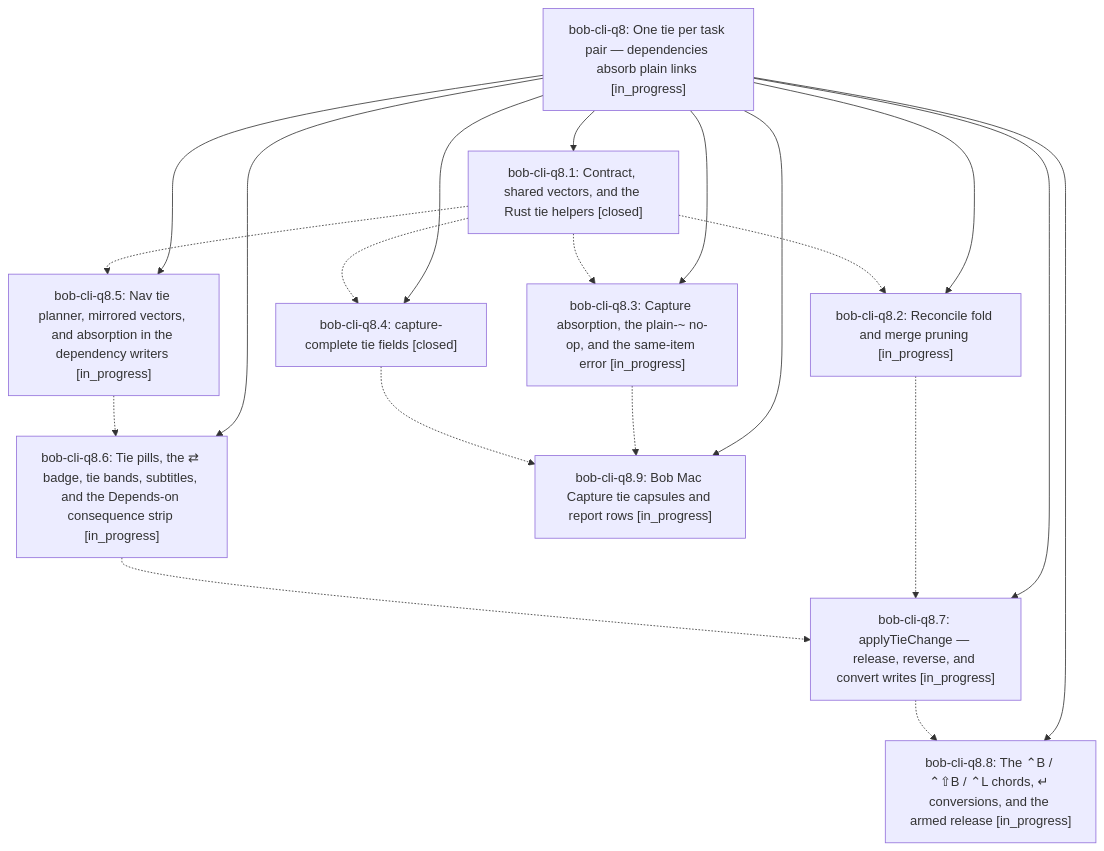
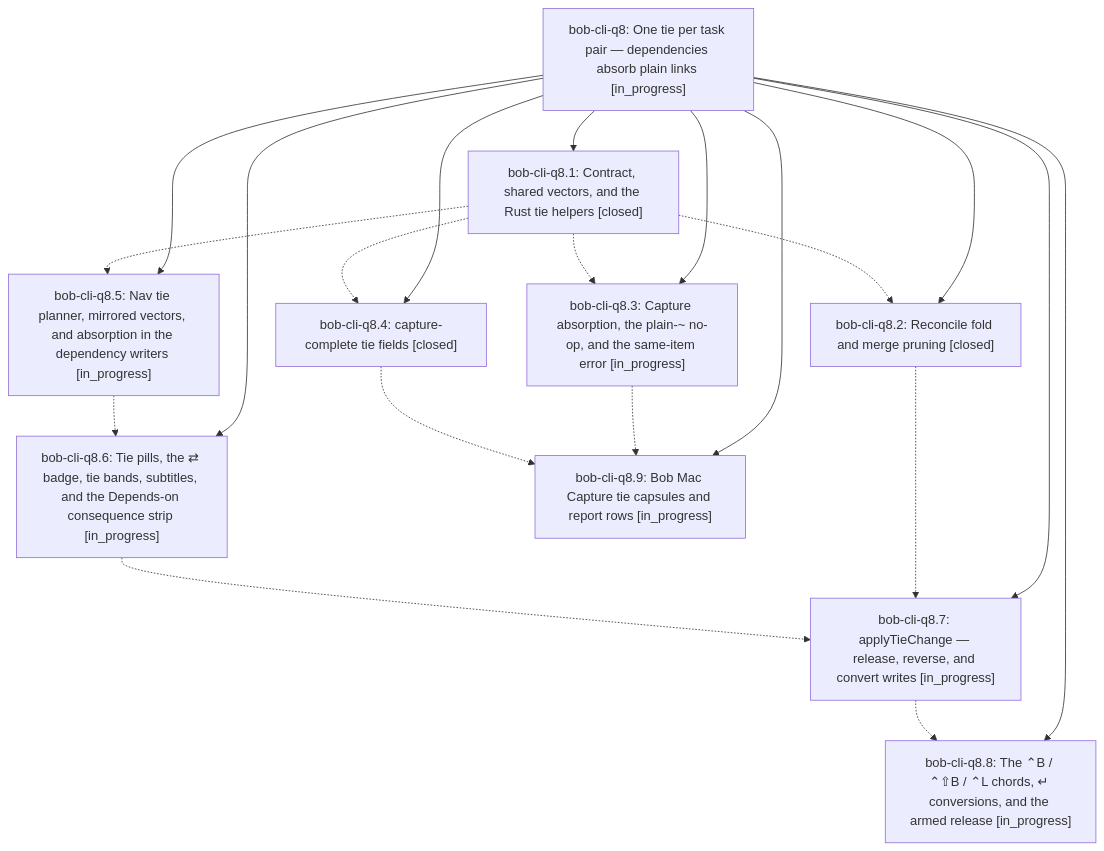
The diagram in pages/bob-cli-q8/README.md (bobs-org/bob-cli--beads), drawn with Mermaid before and after one commit. The commit also changed other lines of this file and 4 other files, not shown here.

First line of the commit message:
chore(beads): sync bead state and pages for bob-cli-q8

````diff
--- a/pages/bob-cli-q8/README.md
+++ b/pages/bob-cli-q8/README.md
@@ -42,32 +44,32 @@
 ```mermaid
 flowchart TD
     n0["bob-cli-q8: One tie per task pair — dependencies absorb plain links [in_progress]"]
     n1["bob-cli-q8.1: Contract, shared vectors, and the Rust tie helpers [closed]"]
-    n2["bob-cli-q8.2: Reconcile fold and merge pruning [in_progress]"]
+    n2["bob-cli-q8.2: Reconcile fold and merge pruning [closed]"]
     n3["bob-cli-q8.3: Capture absorption, the plain-~ no-op, and the same-item error [in_progress]"]
     n4["bob-cli-q8.4: capture-complete tie fields [closed]"]
     n5["bob-cli-q8.5: Nav tie planner, mirrored vectors, and absorption in the dependency writers [in_progress]"]
     n6["bob-cli-q8.6: Tie pills, the ⇄ badge, tie bands, subtitles, and the Depends-on consequence strip [in_progress]"]
     n7["bob-cli-q8.7: applyTieChange — release, reverse, and convert writes [in_progress]"]
     n8["bob-cli-q8.8: The ⌃B / ⌃⇧B / ⌃L chords, ↵ conversions, and the armed release [in_progress]"]
     n9["bob-cli-q8.9: Bob Mac Capture tie capsules and report rows [in_progress]"]
     n0 --> n1
     n0 --> n2
     n0 --> n3
     n0 --> n4
     n0 --> n5
     n0 --> n6
     n0 --> n7
     n0 --> n8
     n0 --> n9
     n1 -.-> n2
     n1 -.-> n3
     n1 -.-> n4
     n1 -.-> n5
     n2 -.-> n7
     n3 -.-> n9
     n4 -.-> n9
     n5 -.-> n6
     n6 -.-> n7
     n7 -.-> n8
 ```
````
